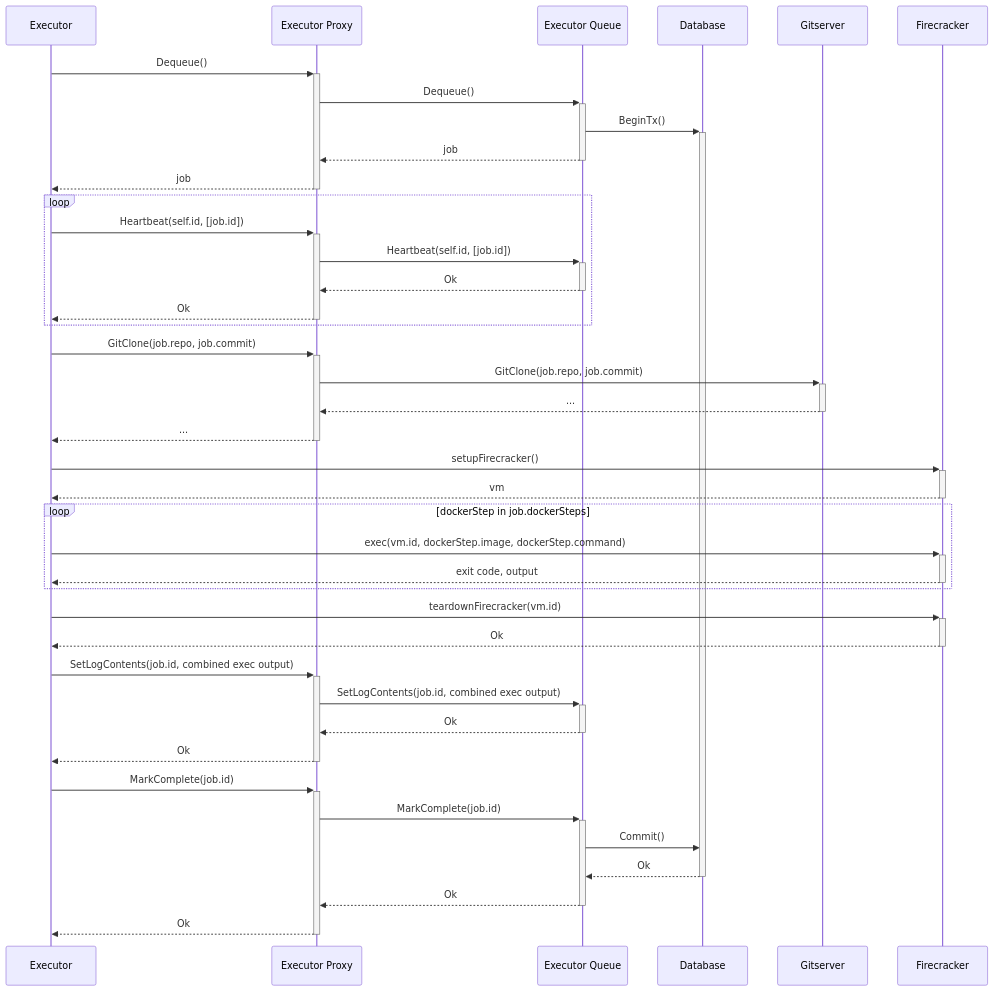
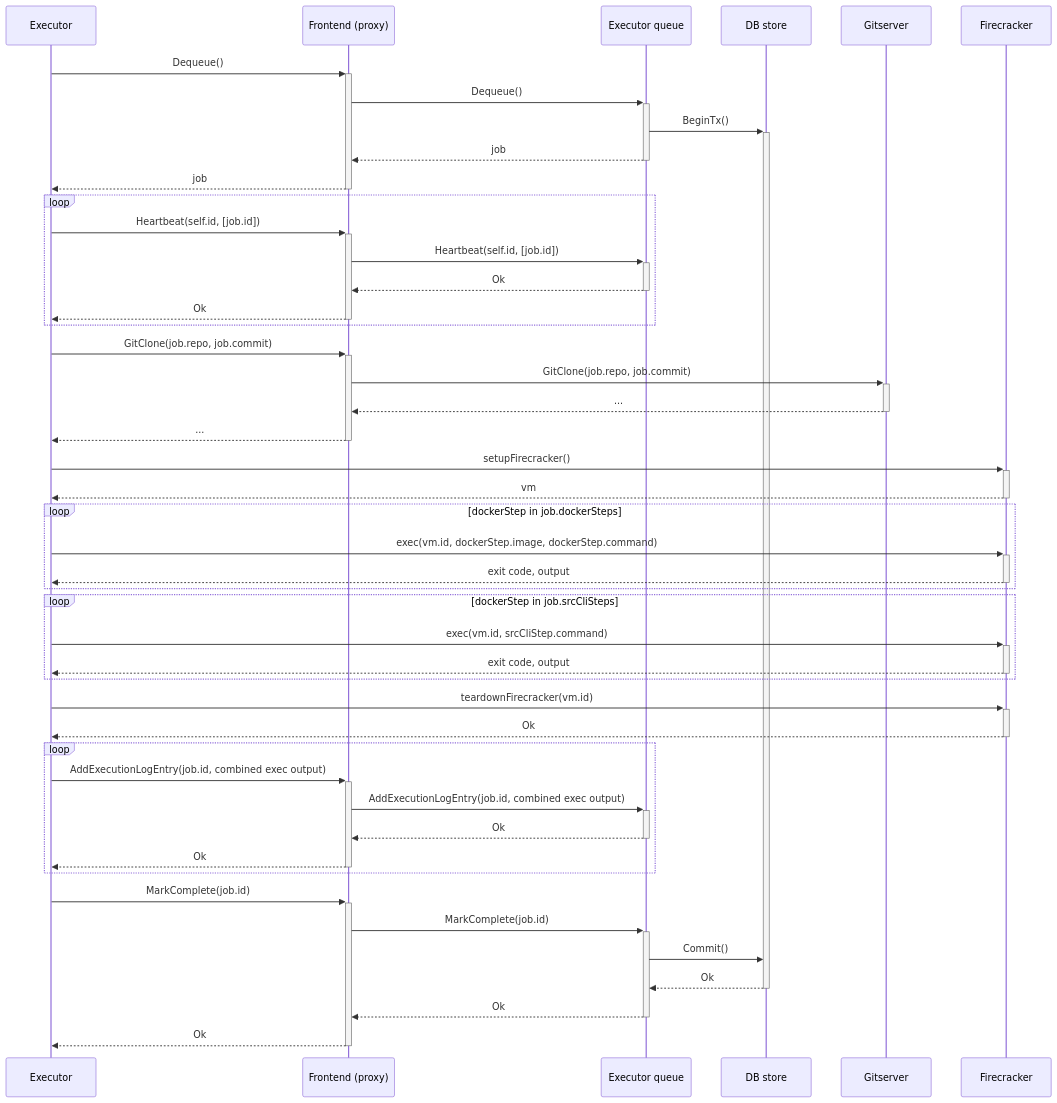
Before and after one commit to sourcegraph/sourcegraph-public-snapshot: the diagram in doc/dev/background-information/codeintel/diagrams/executor.mermaid, drawn with Mermaid. The commit also changed 22 other files, not shown here.

Commit message:
doc: Update code-intel sequence diagrams

```diff
--- a/doc/dev/background-information/codeintel/diagrams/executor.mermaid
+++ b/doc/dev/background-information/codeintel/diagrams/executor.mermaid
@@ -1,41 +1,48 @@
 sequenceDiagram
-  Executor        ->>+ Executor Proxy: Dequeue()
-  Executor Proxy  ->>+ Executor Queue: Dequeue()
-  Executor Queue  ->>+ Database: BeginTx()
-  Executor Queue -->>- Executor Proxy: job
-  Executor Proxy -->>- Executor: job
+  Executor          ->>+ Frontend (proxy): Dequeue()
+  Frontend (proxy)  ->>+ Executor queue: Dequeue()
+  Executor queue    ->>+ DB store: BeginTx()
+  Executor queue   -->>- Frontend (proxy): job
+  Frontend (proxy) -->>- Executor: job
 
   loop
-    Executor        ->>+ Executor Proxy: Heartbeat(self.id, [job.id])
-    Executor Proxy  ->>+ Executor Queue: Heartbeat(self.id, [job.id])
-    Executor Queue -->>- Executor Proxy: Ok
-    Executor Proxy -->>- Executor: Ok
+    Executor          ->>+ Frontend (proxy): Heartbeat(self.id, [job.id])
+    Frontend (proxy)  ->>+ Executor queue: Heartbeat(self.id, [job.id])
+    Executor queue   -->>- Frontend (proxy): Ok
+    Frontend (proxy) -->>- Executor: Ok
   end
 
-  Executor        ->>+ Executor Proxy: GitClone(job.repo, job.commit)
-  Executor Proxy  ->>+ Gitserver: GitClone(job.repo, job.commit)
-  Gitserver      -->>- Executor Proxy: ...
-  Executor Proxy -->>- Executor: ...
+  Executor          ->>+ Frontend (proxy): GitClone(job.repo, job.commit)
+  Frontend (proxy)  ->>+ Gitserver: GitClone(job.repo, job.commit)
+  Gitserver        -->>- Frontend (proxy): ...
+  Frontend (proxy) -->>- Executor: ...
 
   Executor        ->>+ Firecracker: setupFirecracker()
   Firecracker    -->>- Executor: vm
 
   loop dockerStep in job.dockerSteps
     Executor      ->>+ Firecracker: exec(vm.id, dockerStep.image, dockerStep.command)
     Firecracker  -->>- Executor: exit code, output
   end
 
+  loop dockerStep in job.srcCliSteps
+    Executor      ->>+ Firecracker: exec(vm.id, srcCliStep.command)
+    Firecracker  -->>- Executor: exit code, output
+  end
+
   Executor        ->>+ Firecracker: teardownFirecracker(vm.id)
   Firecracker    -->>- Executor: Ok
 
-  Executor        ->>+ Executor Proxy: SetLogContents(job.id, combined exec output)
-  Executor Proxy  ->>+ Executor Queue: SetLogContents(job.id, combined exec output)
-  Executor Queue -->>- Executor Proxy: Ok
-  Executor Proxy -->>- Executor: Ok
+  loop
+    Executor          ->>+ Frontend (proxy): AddExecutionLogEntry(job.id, combined exec output)
+    Frontend (proxy)  ->>+ Executor queue: AddExecutionLogEntry(job.id, combined exec output)
+    Executor queue   -->>- Frontend (proxy): Ok
+    Frontend (proxy) -->>- Executor: Ok
+  end
 
-  Executor        ->>+ Executor Proxy: MarkComplete(job.id)
-  Executor Proxy  ->>+ Executor Queue: MarkComplete(job.id)
-  Executor Queue  ->> Database: Commit()
-  Database       -->>- Executor Queue: Ok
-  Executor Queue -->>- Executor Proxy: Ok
-  Executor Proxy -->>- Executor: Ok
+  Executor          ->>+ Frontend (proxy): MarkComplete(job.id)
+  Frontend (proxy)  ->>+ Executor queue: MarkComplete(job.id)
+  Executor queue    ->>  DB store: Commit()
+  DB store         -->>- Executor queue: Ok
+  Executor queue   -->>- Frontend (proxy): Ok
+  Frontend (proxy) -->>- Executor: Ok
```
